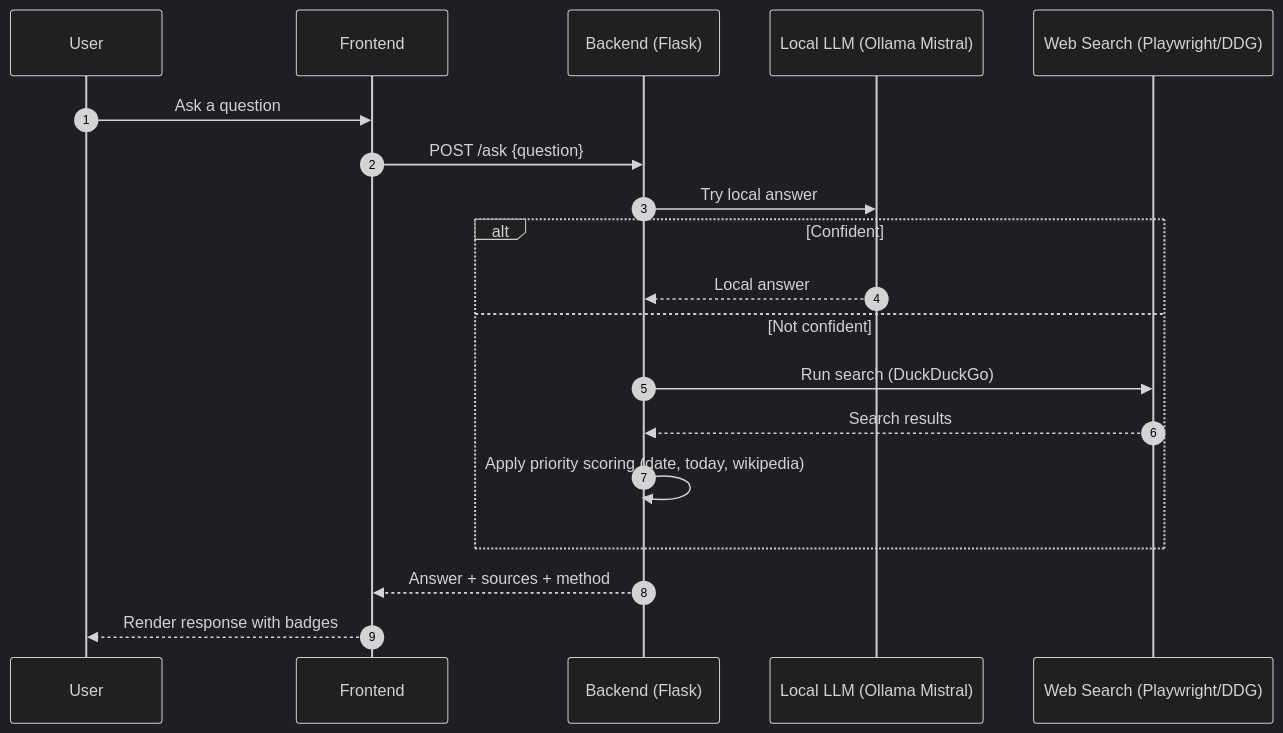
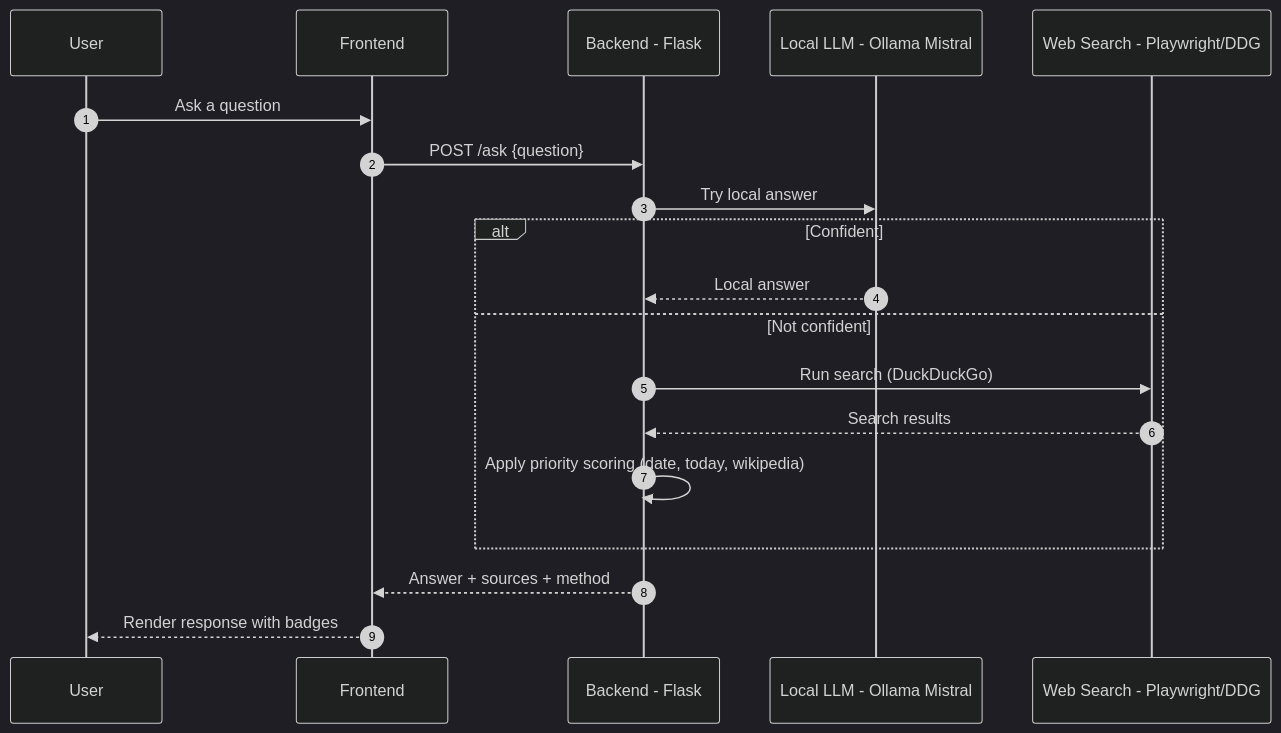
One commit to AshmitThakur23/Local-AI-Web-Navigator changed the second of 3 diagrams in README.md. Above: the diagram before and after it, drawn with Mermaid (dark theme). The commit also changed other lines of this file, not shown here.

First line of the commit message:
Refine architecture overview and sequence diagrams

````diff
--- a/README.md
+++ b/README.md
@@ -136,22 +136,22 @@
 ```mermaid
 sequenceDiagram
   autonumber
   participant U as User
   participant FE as Frontend
-  participant BE as Backend (Flask)
-  participant LL as Local LLM (Ollama Mistral)
-  participant WS as Web Search (Playwright/DDG)
+  participant BE as Backend - Flask
+  participant LL as Local LLM - Ollama Mistral
+  participant WS as Web Search - Playwright/DDG
 
   U->>FE: Ask a question
   FE->>BE: POST /ask {question}
   BE->>LL: Try local answer
   alt Confident
     LL-->>BE: Local answer
   else Not confident
     BE->>WS: Run search (DuckDuckGo)
     WS-->>BE: Search results
     BE->>BE: Apply priority scoring (date, today, wikipedia)
   end
   BE-->>FE: Answer + sources + method
   FE-->>U: Render response with badges
 ```
````
